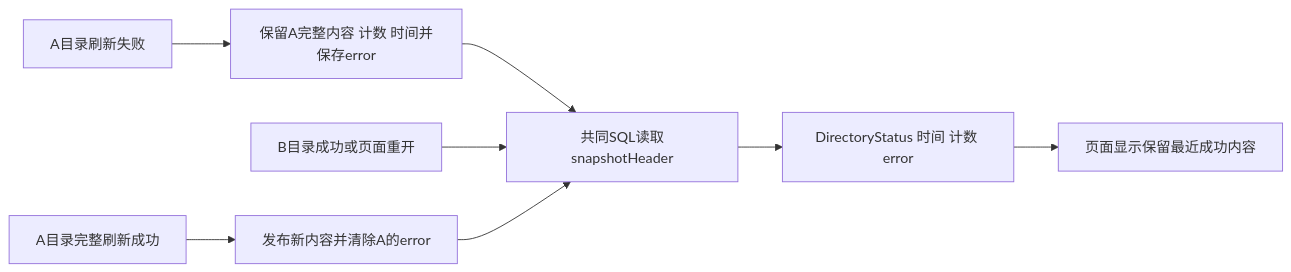
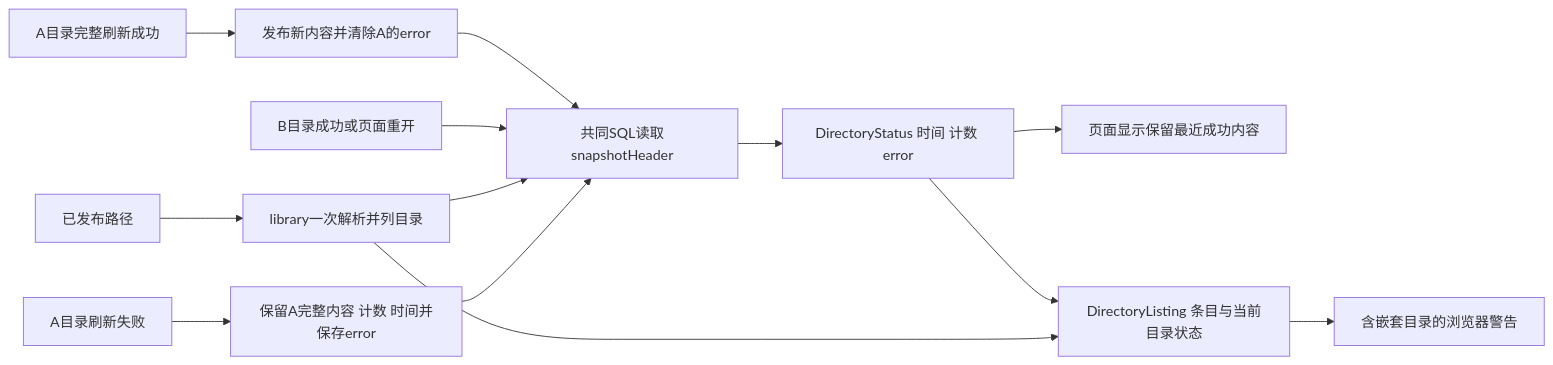
Before and after one commit to shengyusi-SYS/musicfs: diagram 13 of 14 in docs/architecture/diagrams.md, drawn with Mermaid. The commit also changed 9 other files, not shown here.

````diff
--- a/docs/architecture/diagrams.md
+++ b/docs/architecture/diagrams.md
@@ -423,10 +423,15 @@
 ```mermaid
 flowchart LR
   Fail[A目录刷新失败] --> Saved[保留A完整内容 计数 时间并保存error]
   Saved --> Header[共同SQL读取snapshotHeader]
   Header --> DTO[DirectoryStatus 时间 计数 error]
   DTO --> UI[页面显示保留最近成功内容]
+  Path[已发布路径] --> Browse[library一次解析并列目录]
+  Browse --> Header
+  Browse --> Listing[DirectoryListing 条目与当前目录状态]
+  DTO --> Listing
+  Listing --> Browser[含嵌套目录的浏览器警告]
   Other[B目录成功或页面重开] --> Header
   Success[A目录完整刷新成功] --> Clear[发布新内容并清除A的error]
   Clear --> Header
 ```
````
